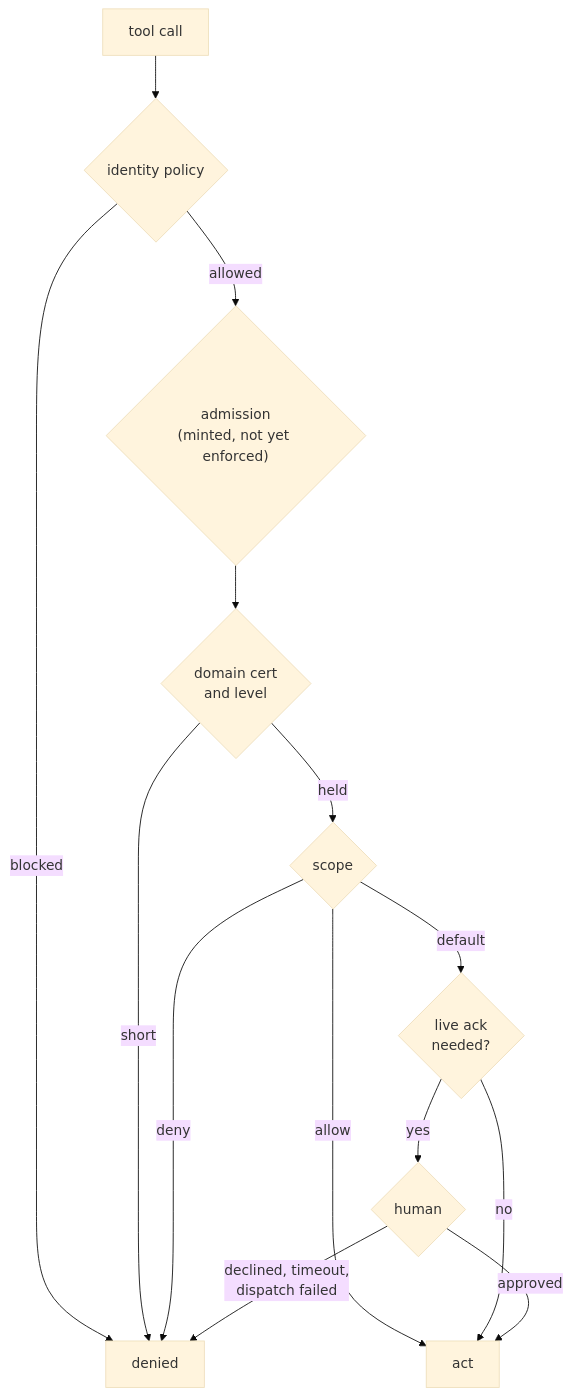
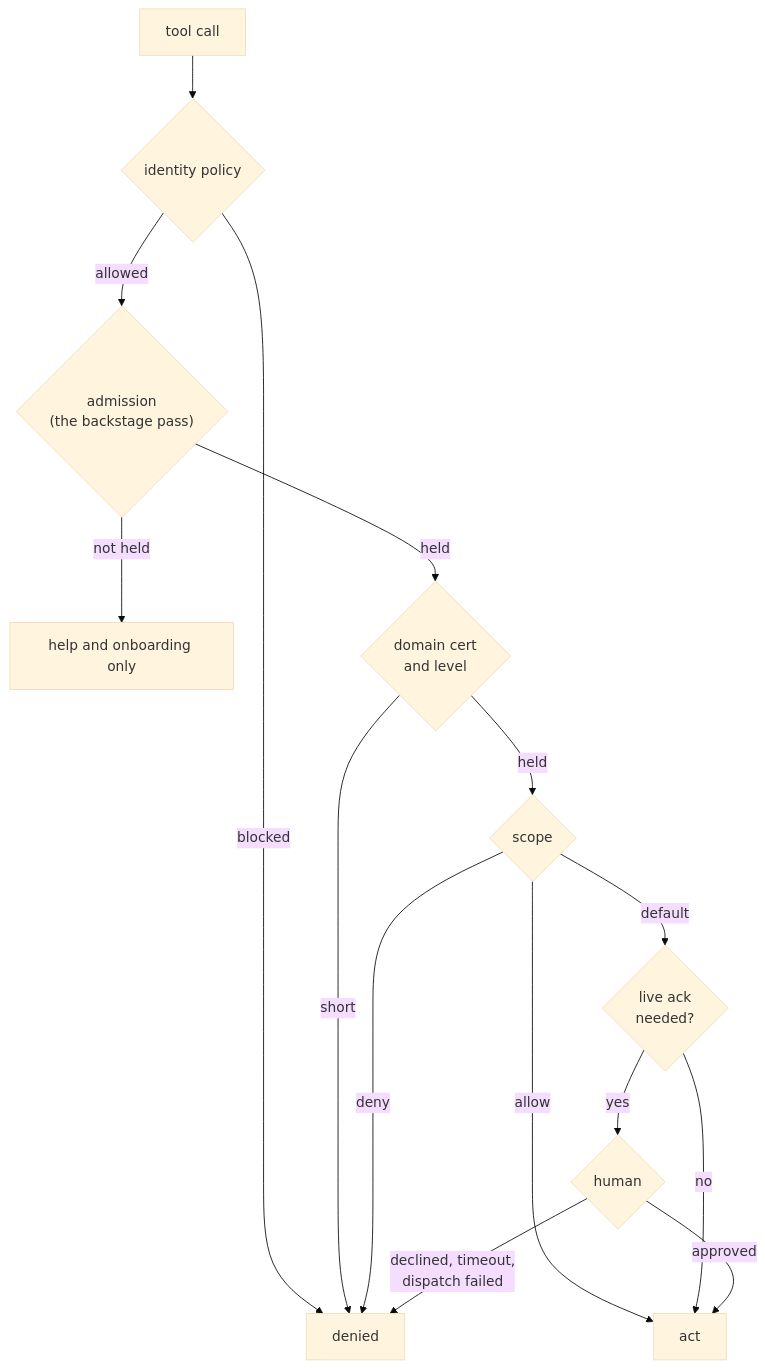
Before and after one commit to nathan-curtis/zenos-ai: the diagram in zenos_ai/docs/architecture/20_the_authority_ladder.md, drawn with Mermaid (base theme). The commit also changed other lines of this file and 2 other files, not shown here.

````diff
--- a/zenos_ai/docs/architecture/20_the_authority_ladder.md
+++ b/zenos_ai/docs/architecture/20_the_authority_ladder.md
@@ -17,16 +17,17 @@
 ```mermaid
 flowchart TD
   C["tool call"] --> I{"identity policy"}
   I -- blocked --> X["denied"]
-  I -- allowed --> AD{"admission<br/>(minted, not yet enforced)"}
-  AD --> DC{"domain cert<br/>and level"}
+  I -- allowed --> AD{"admission<br/>(the backstage pass)"}
+  AD -- "not held" --> HO["help and onboarding only"]
+  AD -- held --> DC{"domain cert<br/>and level"}
   DC -- short --> X
   DC -- held --> S{"scope"}
   S -- deny --> X
   S -- allow --> GO["act"]
   S -- default --> L{"live ack<br/>needed?"}
   L -- no --> GO
   L -- yes --> H{"human"}
   H -- approved --> GO
   H -- "declined, timeout,<br/>dispatch failed" --> X
 ```
````
